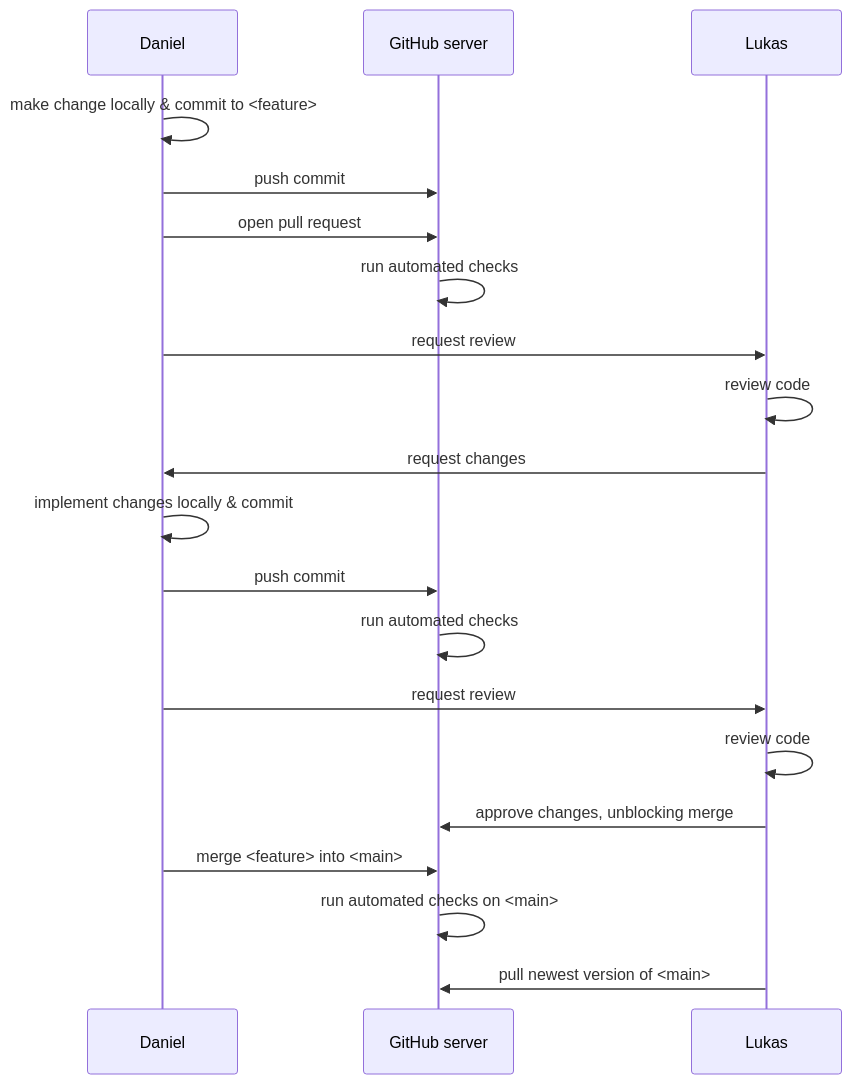
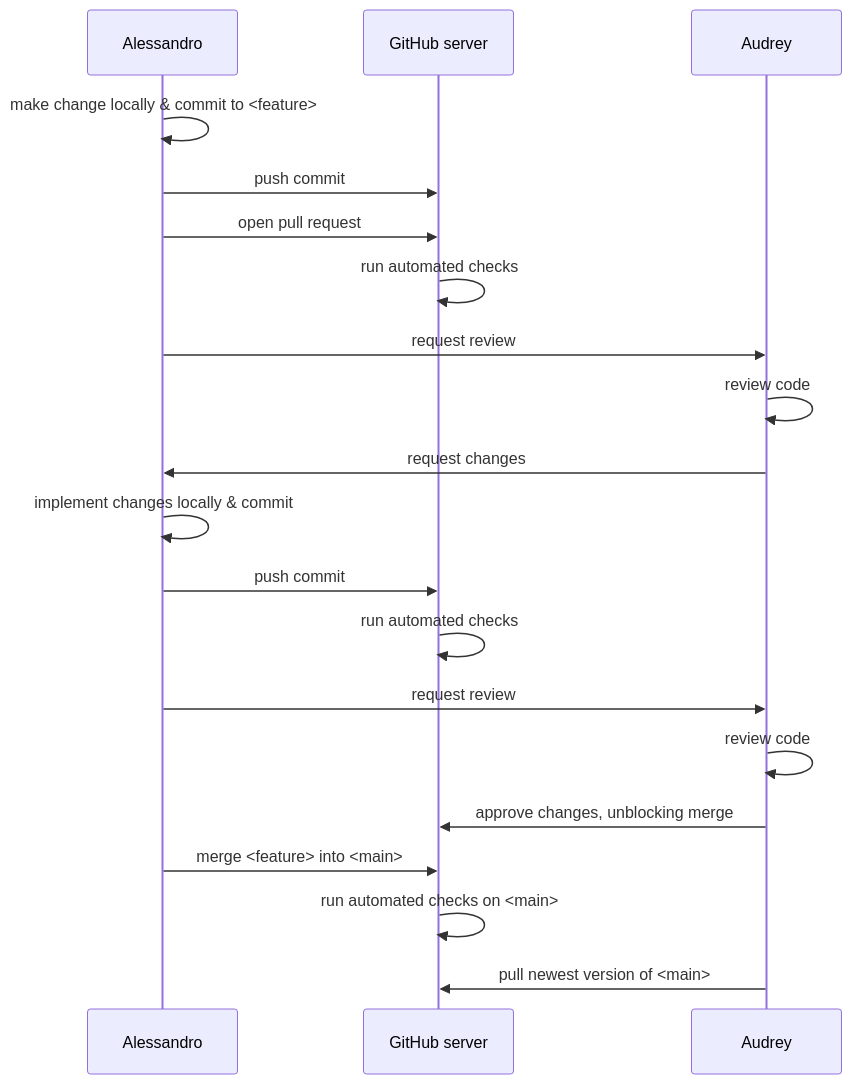
Before and after one commit to openstatsware/shortcourse-iscb2025: the sixth of 6 diagrams in slides/04_collaboration.qmd, drawn with Mermaid. The commit also changed other lines of this file and 2 other files, not shown here.

````diff
--- a/slides/04_collaboration.qmd
+++ b/slides/04_collaboration.qmd
@@ -324,22 +355,22 @@
 ```{mermaid}
 sequenceDiagram
-    participant A as Daniel
+    participant A as Alessandro
     participant GH as GitHub server
-    participant B as Lukas
+    participant B as Audrey
     A->>A: make change locally & commit to <feature>
     A->>GH: push commit
     A->>GH: open pull request
     GH->>GH: run automated checks
     A->>B: request review
     B->>B: review code
     B->>A: request changes
     A->>A: implement changes locally & commit
     A->>GH: push commit
     GH->>GH: run automated checks
     A->>B: request review
     B->>B: review code
     B->>GH: approve changes, unblocking merge
     A->>GH: merge <feature> into <main>
     GH->>GH: run automated checks on <main>
     B->>GH: pull newest version of <main>
 ```
````
